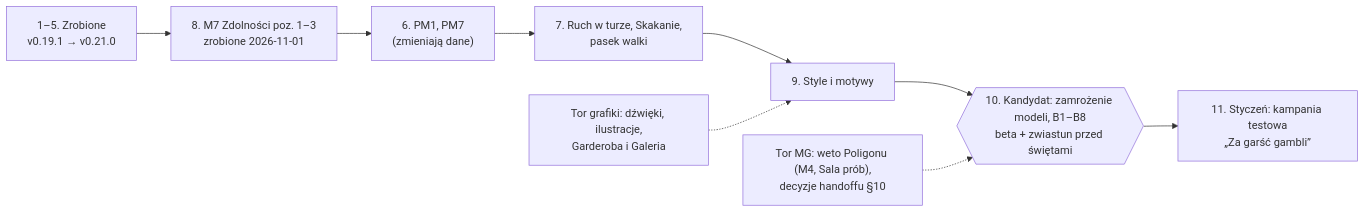
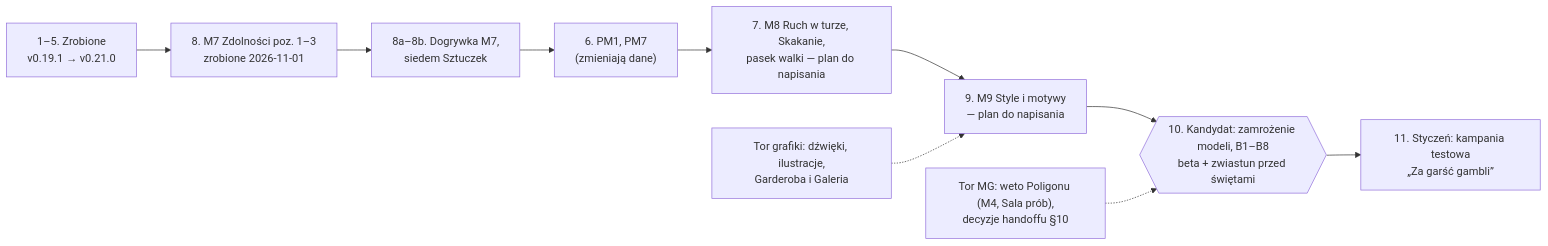
One commit to jjanisze/FVTT-NOE changed the first of 2 diagrams in PLAN_beta.md. Above: the diagram before and after it, drawn with Mermaid. The commit also changed other lines of this file, not shown here.

First line of the commit message:
PLAN_beta: movement (M8) and styles (M9) get their own M plans

````diff
--- a/PLAN_beta.md
+++ b/PLAN_beta.md
@@ -46,11 +52,12 @@
 ```mermaid
 flowchart LR
   DONE["1–5. Zrobione<br/>v0.19.1 → v0.21.0"] --> M7["8. M7 Zdolności poz. 1–3<br/>zrobione 2026-11-01"]
-  M7 --> PM["6. PM1, PM7<br/>(zmieniają dane)"]
-  PM --> RU["7. Ruch w turze, Skakanie,<br/>pasek walki"]
-  RU --> ST["9. Style i motywy"]
+  M7 --> M7B["8a–8b. Dogrywka M7,<br/>siedem Sztuczek"]
+  M7B --> PM["6. PM1, PM7<br/>(zmieniają dane)"]
+  PM --> RU["7. M8 Ruch w turze, Skakanie,<br/>pasek walki — plan do napisania"]
+  RU --> ST["9. M9 Style i motywy<br/>— plan do napisania"]
   ST --> RC{{"10. Kandydat: zamrożenie modeli, B1–B8<br/>beta + zwiastun przed świętami"}}
   RC --> GG["11. Styczeń: kampania testowa<br/>„Za garść gambli”"]
   MG["Tor MG: weto Poligonu (M4, Sala prób),<br/>decyzje handoffu §10"] -.-> RC
   ART["Tor grafiki: dźwięki, ilustracje,<br/>Garderoba i Galeria"] -.-> ST
 ```
````
